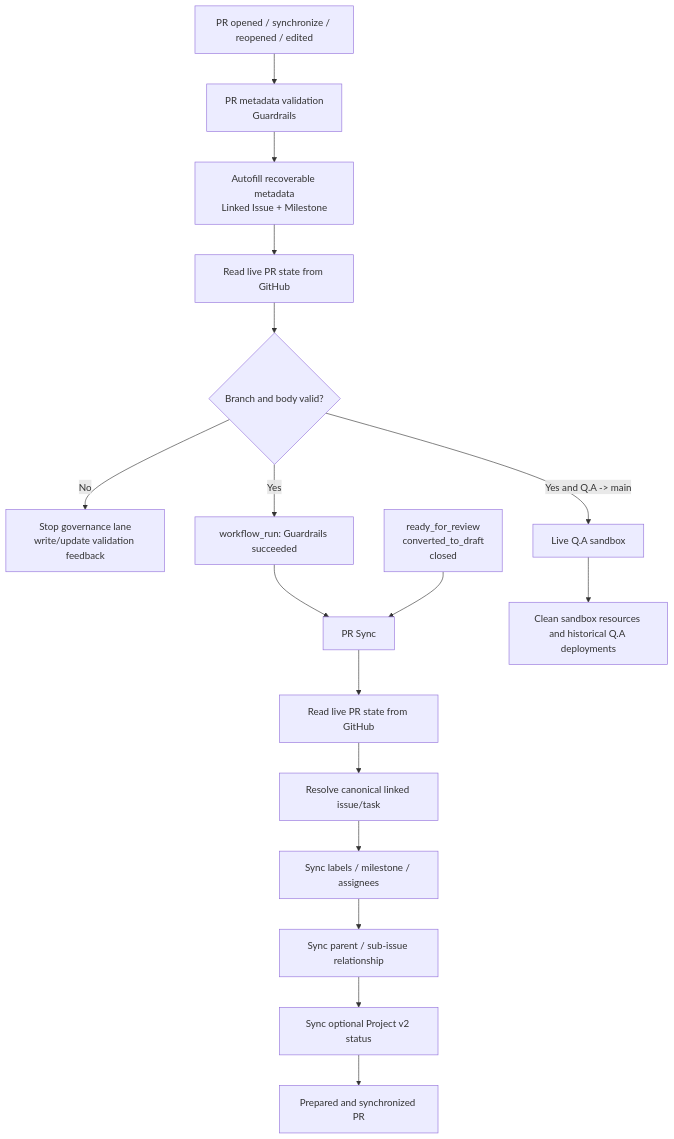
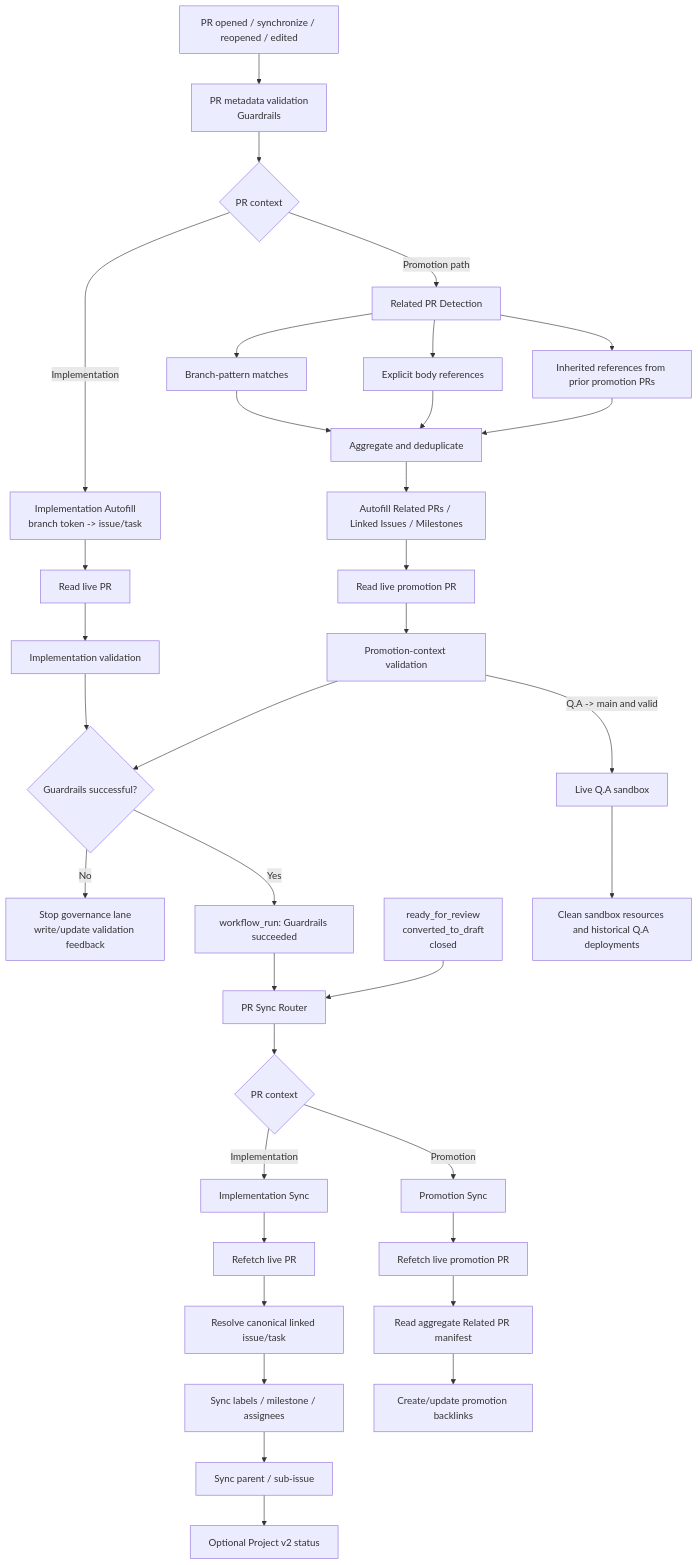
One commit to v-Kaefer/Github-Project-Automation changed the diagram in docs/repo/pr-governance-architecture.md. Above: the diagram before and after it, drawn with Mermaid. The commit also changed other lines of this file, not shown here.

Commit message:
docs: describe related PR promotion architecture

````diff
--- a/docs/repo/pr-governance-architecture.md
+++ b/docs/repo/pr-governance-architecture.md
@@ -15,24 +20,46 @@
 ```mermaid
 flowchart TD
     A[PR opened / synchronize / reopened / edited] --> G[PR metadata validation<br/>Guardrails]
 
-    G --> AF[Autofill recoverable metadata<br/>Linked Issue + Milestone]
-    AF --> LIVE1[Read live PR state from GitHub]
-    LIVE1 --> V{Branch and body valid?}
+    G --> R{PR context}
 
+    R -->|Implementation| IAF[Implementation Autofill<br/>branch token -> issue/task]
+    IAF --> ILIVE[Read live PR]
+    ILIVE --> IV[Implementation validation]
+
+    R -->|Promotion path| PAF[Related PR Detection]
+    PAF --> PB[Branch-pattern matches]
+    PAF --> PE[Explicit body references]
+    PAF --> PI[Inherited references from prior promotion PRs]
+    PB --> PM[Aggregate and deduplicate]
+    PE --> PM
+    PI --> PM
+    PM --> PWRITE[Autofill Related PRs / Linked Issues / Milestones]
+    PWRITE --> PLIVE[Read live promotion PR]
+    PLIVE --> PV[Promotion-context validation]
+
+    IV --> V{Guardrails successful?}
+    PV --> V
     V -- No --> STOP[Stop governance lane<br/>write/update validation feedback]
     V -- Yes --> WR[workflow_run: Guardrails succeeded]
 
-    WR --> S[PR Sync]
-    S --> LIVE2[Read live PR state from GitHub]
-    LIVE2 --> TASK[Resolve canonical linked issue/task]
+    WR --> S[PR Sync Router]
+    S --> T{PR context}
+
+    T -->|Implementation| IS[Implementation Sync]
+    IS --> ILIVE2[Refetch live PR]
+    ILIVE2 --> TASK[Resolve canonical linked issue/task]
     TASK --> META[Sync labels / milestone / assignees]
-    META --> REL[Sync parent / sub-issue relationship]
-    REL --> PROJ[Sync optional Project v2 status]
-    PROJ --> DONE[Prepared and synchronized PR]
+    META --> REL[Sync parent / sub-issue]
+    REL --> PROJ[Optional Project v2 status]
+
+    T -->|Promotion| PS[Promotion Sync]
+    PS --> PLIVE2[Refetch live promotion PR]
+    PLIVE2 --> MANIFEST[Read aggregate Related PR manifest]
+    MANIFEST --> BACKLINK[Create/update promotion backlinks]
 
     L[ready_for_review<br/>converted_to_draft<br/>closed] --> S
 
-    V -- Yes and Q.A -> main --> QA[Live Q.A sandbox]
+    PV -->|Q.A -> main and valid| QA[Live Q.A sandbox]
     QA --> QAC[Clean sandbox resources and historical Q.A deployments]
 ```
````
